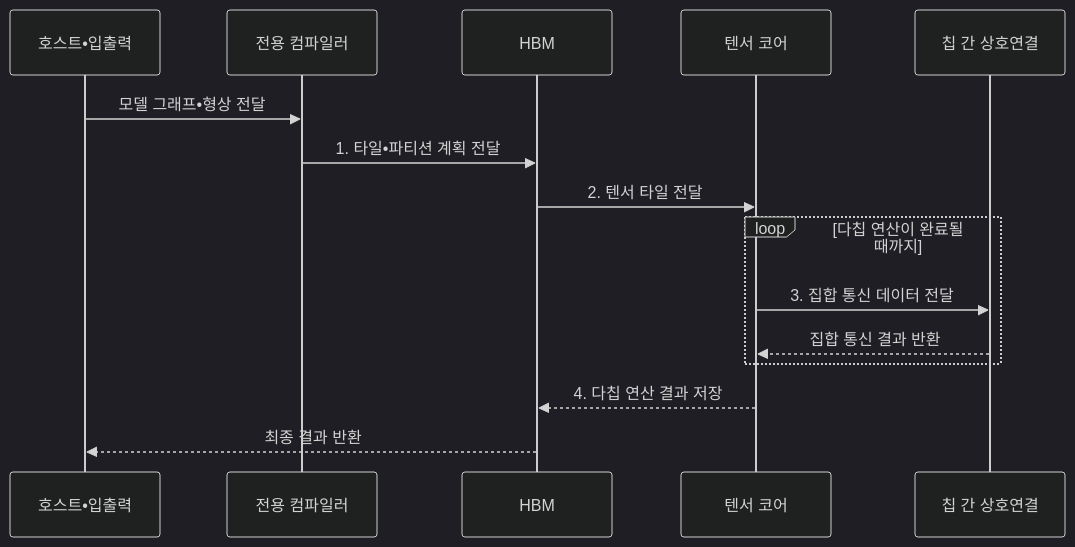
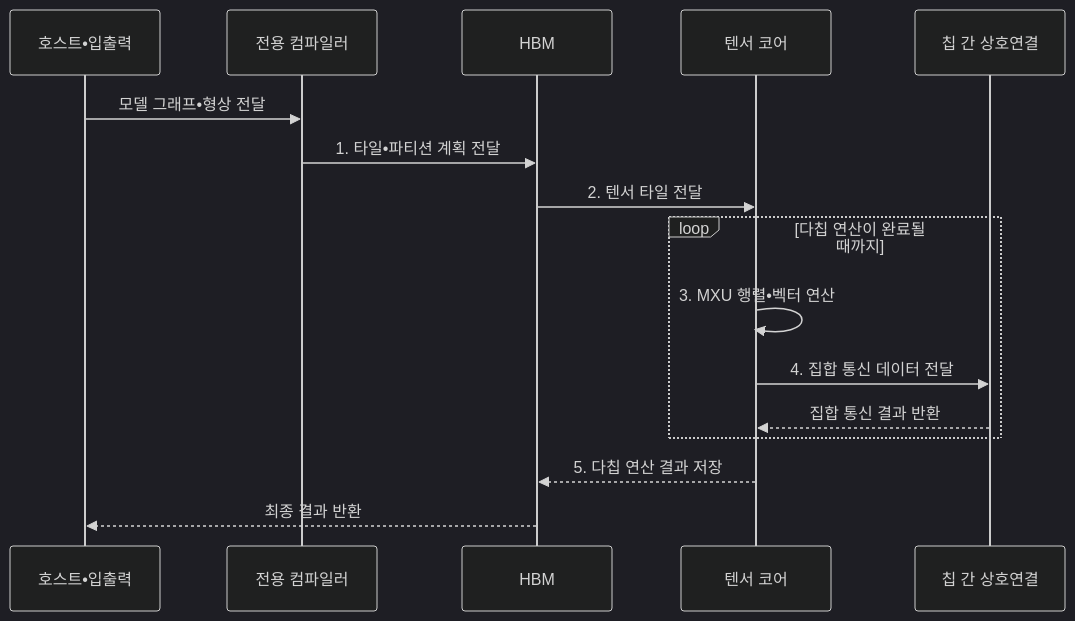
The second of 2 diagrams in src/content/docs/notes/08-latest-tech/142_tpu.md (agnusdei1207/knowledge-base), drawn with Mermaid (dark theme) before and after one commit. The commit also changed other lines of this file and 3 other files, not shown here.

````diff
--- a/src/content/docs/notes/08-latest-tech/142_tpu.md
+++ b/src/content/docs/notes/08-latest-tech/142_tpu.md
@@ -108,17 +108,18 @@
 ```mermaid
 sequenceDiagram
     participant H as 호스트•입출력
     participant C as 전용 컴파일러
     participant M as HBM
     participant T as 텐서 코어
     participant I as 칩 간 상호연결
     H->>C: 모델 그래프•형상 전달
     C->>M: 1. 타일•파티션 계획 전달
     M->>T: 2. 텐서 타일 전달
     loop 다칩 연산이 완료될 때까지
-        T->>I: 3. 집합 통신 데이터 전달
+        T->>T: 3. MXU 행렬•벡터 연산
+        T->>I: 4. 집합 통신 데이터 전달
         I-->>T: 집합 통신 결과 반환
     end
-    T-->>M: 4. 다칩 연산 결과 저장
+    T-->>M: 5. 다칩 연산 결과 저장
     M-->>H: 최종 결과 반환
 ```
````
